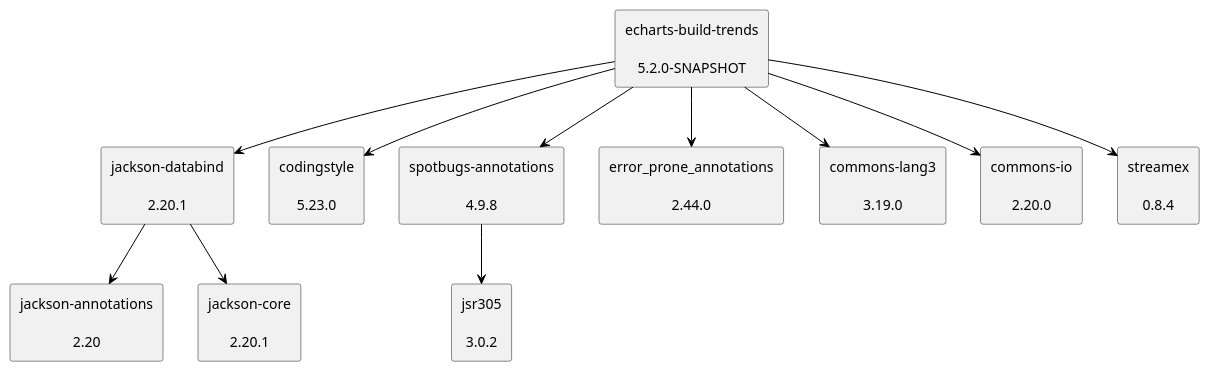
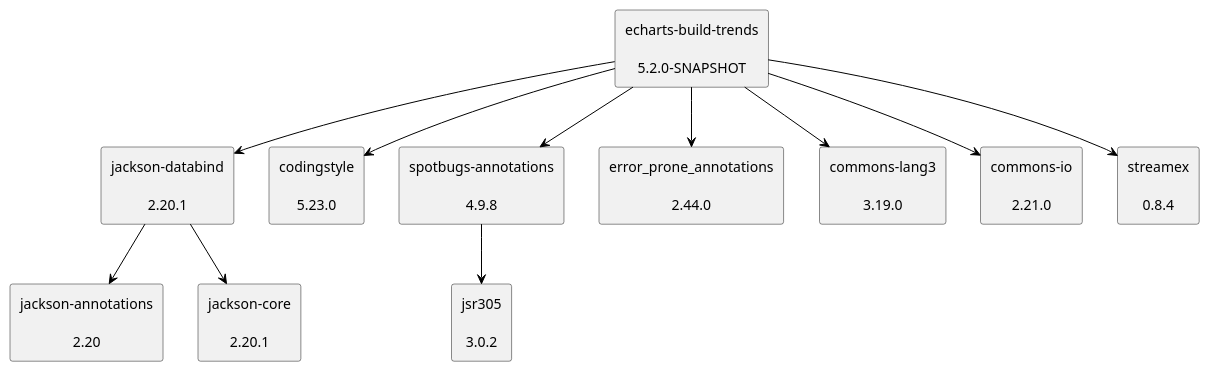
Before and after one commit to uhafner/echarts-build-trends: the diagram in doc/dependency-graph.puml, drawn with PlantUML.

Commit message:
Update dependency graph to latest versions from POM

```diff
--- a/doc/dependency-graph.puml
+++ b/doc/dependency-graph.puml
@@ -1,30 +1,30 @@
 @startuml
 skinparam defaultTextAlignment center
 skinparam rectangle {
   BackgroundColor<<optional>> beige
   BackgroundColor<<test>> lightGreen
   BackgroundColor<<runtime>> lightBlue
   BackgroundColor<<provided>> lightGray
 }
 rectangle "jackson-databind\n\n2.20.1" as com_fasterxml_jackson_core_jackson_databind_jar
 rectangle "jackson-annotations\n\n2.20" as com_fasterxml_jackson_core_jackson_annotations_jar
 rectangle "jackson-core\n\n2.20.1" as com_fasterxml_jackson_core_jackson_core_jar
 rectangle "echarts-build-trends\n\n5.2.0-SNAPSHOT" as edu_hm_hafner_echarts_build_trends_jar
 rectangle "codingstyle\n\n5.23.0" as edu_hm_hafner_codingstyle_jar
 rectangle "spotbugs-annotations\n\n4.9.8" as com_github_spotbugs_spotbugs_annotations_jar
 rectangle "jsr305\n\n3.0.2" as com_google_code_findbugs_jsr305_jar
 rectangle "error_prone_annotations\n\n2.44.0" as com_google_errorprone_error_prone_annotations_jar
 rectangle "commons-lang3\n\n3.19.0" as org_apache_commons_commons_lang3_jar
-rectangle "commons-io\n\n2.20.0" as commons_io_commons_io_jar
+rectangle "commons-io\n\n2.21.0" as commons_io_commons_io_jar
 rectangle "streamex\n\n0.8.4" as one_util_streamex_jar
 com_fasterxml_jackson_core_jackson_databind_jar -[#000000]-> com_fasterxml_jackson_core_jackson_annotations_jar
 com_fasterxml_jackson_core_jackson_databind_jar -[#000000]-> com_fasterxml_jackson_core_jackson_core_jar
 edu_hm_hafner_echarts_build_trends_jar -[#000000]-> com_fasterxml_jackson_core_jackson_databind_jar
 edu_hm_hafner_echarts_build_trends_jar -[#000000]-> edu_hm_hafner_codingstyle_jar
 com_github_spotbugs_spotbugs_annotations_jar -[#000000]-> com_google_code_findbugs_jsr305_jar
 edu_hm_hafner_echarts_build_trends_jar -[#000000]-> com_github_spotbugs_spotbugs_annotations_jar
 edu_hm_hafner_echarts_build_trends_jar -[#000000]-> com_google_errorprone_error_prone_annotations_jar
 edu_hm_hafner_echarts_build_trends_jar -[#000000]-> org_apache_commons_commons_lang3_jar
 edu_hm_hafner_echarts_build_trends_jar -[#000000]-> commons_io_commons_io_jar
 edu_hm_hafner_echarts_build_trends_jar -[#000000]-> one_util_streamex_jar
 @enduml
```
